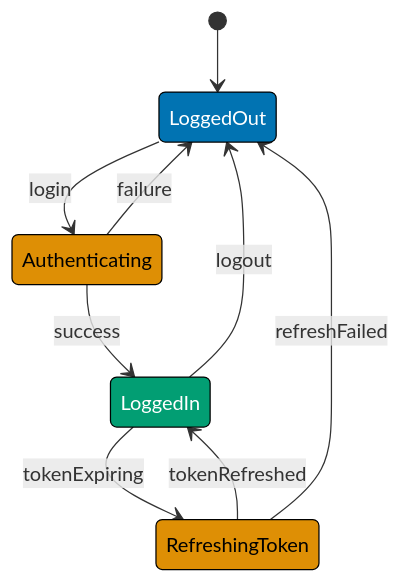
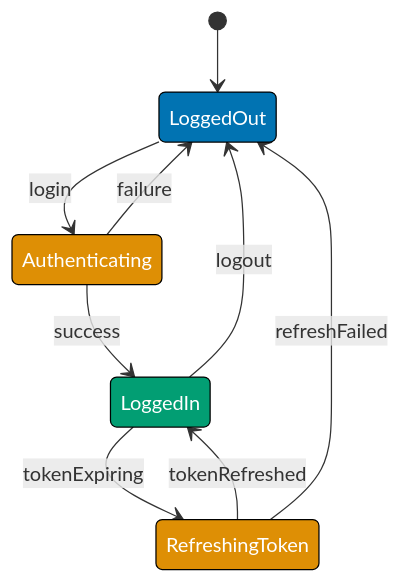
One commit to wahidyankf/open-sharia-enterprise changed the seventh of 7 diagrams in apps/ayokoding-web/content/en/learn/software-engineering/architecture/finite-state-machine-fsm/by-example/intermediate.md. Above: the diagram before and after it, drawn with Mermaid. The commit also changed other lines of this file and 61 other files, not shown here.

First line of the commit message:
fix(ayokoding-web): quote Mermaid node labels with special characters in Example 63

````diff
--- a/apps/ayokoding-web/content/en/learn/software-engineering/architecture/finite-state-machine-fsm/by-example/intermediate.md
+++ b/apps/ayokoding-web/content/en/learn/software-engineering/architecture/finite-state-machine-fsm/by-example/intermediate.md
@@ -4281,19 +4281,19 @@
 ```mermaid
 stateDiagram-v2
     [*] --> LoggedOut
     LoggedOut --> Authenticating: login
     Authenticating --> LoggedIn: success
     Authenticating --> LoggedOut: failure
     LoggedIn --> RefreshingToken: tokenExpiring
     RefreshingToken --> LoggedIn: tokenRefreshed
     RefreshingToken --> LoggedOut: refreshFailed
     LoggedIn --> LoggedOut: logout
 
     classDef loggedOutState fill:#0173B2,stroke:#000,color:#fff
-    classDef authState fill:#DE8F05,stroke:#000,color:#000
+    classDef authState fill:#DE8F05,stroke:#000,color:#fff
     classDef loggedInState fill:#029E73,stroke:#000,color:#fff
 
     class LoggedOut loggedOutState
     class Authenticating,RefreshingToken authState
     class LoggedIn loggedInState
 ```
````
